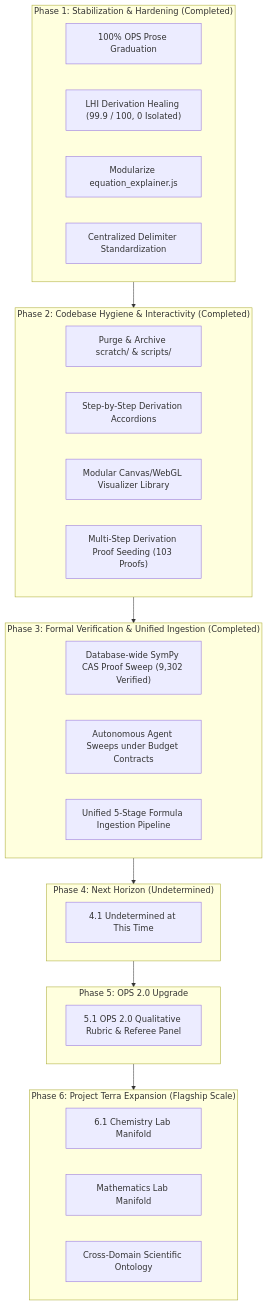
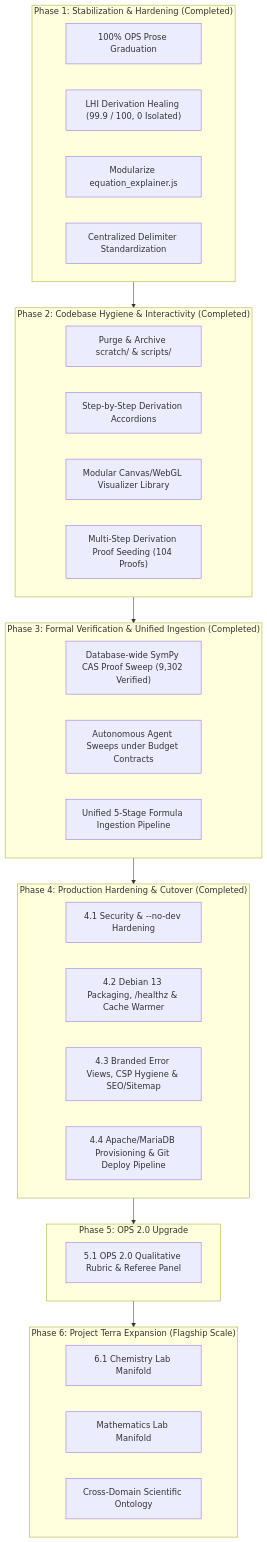
Before and after one commit to jholobetz/terra: the diagram in docs/roadmap.md, drawn with Mermaid. The commit also changed other lines of this file and 5 other files, not shown here.

Commit message:
docs(roadmap): codify Phase 4 production cutover and sync platform metrics

````diff
--- a/docs/roadmap.md
+++ b/docs/roadmap.md
@@ -27,42 +28,45 @@
 ```mermaid
 flowchart TD
     subgraph Phase1["Phase 1: Stabilization & Hardening (Completed)"]
         P1A["100% OPS Prose Graduation"]
         P1B["LHI Derivation Healing (99.9 / 100, 0 Isolated)"]
         P1C["Modularize equation_explainer.js"]
         P1D["Centralized Delimiter Standardization"]
     end
 
     subgraph Phase2["Phase 2: Codebase Hygiene & Interactivity (Completed)"]
         P2A["Purge & Archive scratch/ & scripts/"]
         P2B["Step-by-Step Derivation Accordions"]
         P2C["Modular Canvas/WebGL Visualizer Library"]
-        P2D["Multi-Step Derivation Proof Seeding (103 Proofs)"]
+        P2D["Multi-Step Derivation Proof Seeding (104 Proofs)"]
     end
 
     subgraph Phase3["Phase 3: Formal Verification & Unified Ingestion (Completed)"]
         P3A["Database-wide SymPy CAS Proof Sweep (9,302 Verified)"]
         P3B["Autonomous Agent Sweeps under Budget Contracts"]
         P3C["Unified 5-Stage Formula Ingestion Pipeline"]
     end
 
-    subgraph Phase4["Phase 4: Next Horizon (Undetermined)"]
-        P4A["4.1 Undetermined at This Time"]
+    subgraph Phase4["Phase 4: Production Hardening & Cutover (Completed)"]
+        P4A["4.1 Security & --no-dev Hardening"]
+        P4B["4.2 Debian 13 Packaging, /healthz & Cache Warmer"]
+        P4C["4.3 Branded Error Views, CSP Hygiene & SEO/Sitemap"]
+        P4D["4.4 Apache/MariaDB Provisioning & Git Deploy Pipeline"]
     end
 
     subgraph Phase5["Phase 5: OPS 2.0 Upgrade"]
         P5A["5.1 OPS 2.0 Qualitative Rubric & Referee Panel"]
     end
 
     subgraph Phase6["Phase 6: Project Terra Expansion (Flagship Scale)"]
         P6A["6.1 Chemistry Lab Manifold"]
         P6B["Mathematics Lab Manifold"]
         P6C["Cross-Domain Scientific Ontology"]
     end
 
     Phase1 --> Phase2
     Phase2 --> Phase3
     Phase3 --> Phase4
     Phase4 --> Phase5
     Phase5 --> Phase6
 ```
````
